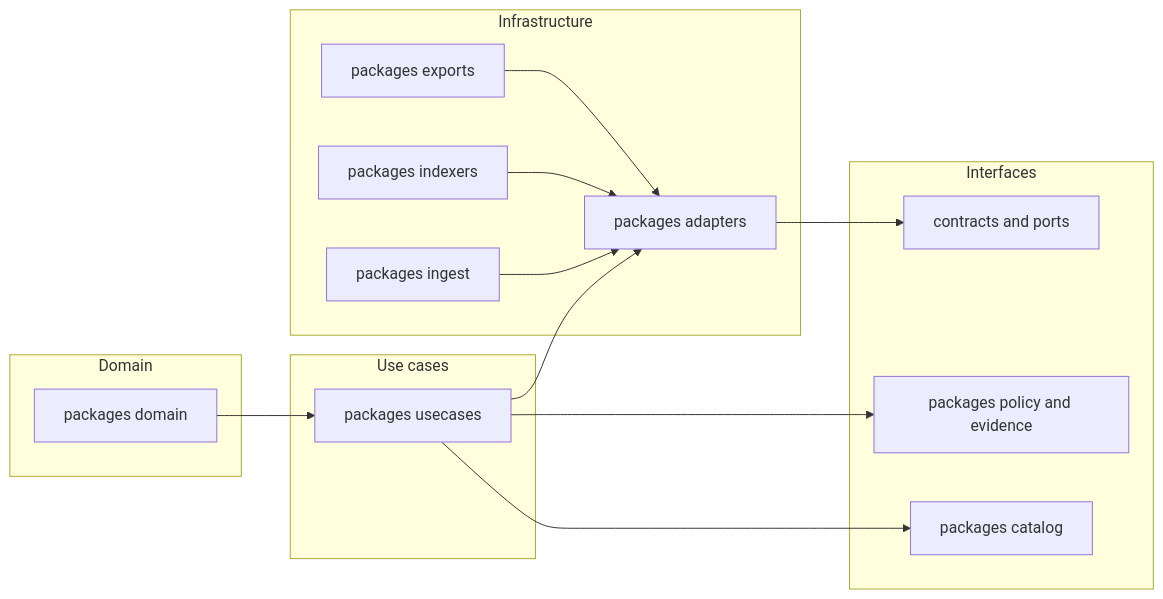
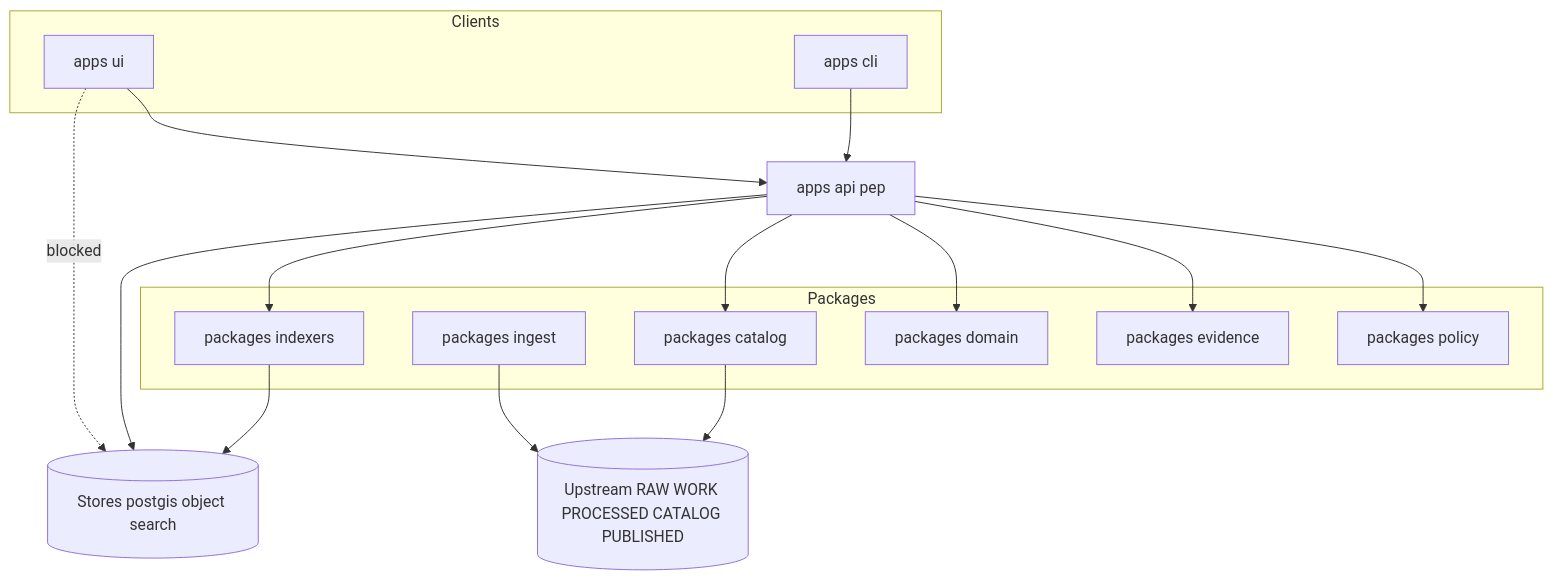
The diagram in packages/README.md (bartytime4life/Kansas-Frontier-Matrix), drawn with Mermaid before and after one commit. The commit also changed other lines of this file, not shown here.

First line of the commit message:
Revise README for packages with new metadata

````diff
--- a/packages/README.md
+++ b/packages/README.md
@@ -224,32 +108,37 @@
 ```mermaid
-flowchart LR
-  subgraph D[Domain]
-    D1[packages domain]
+flowchart TB
+  subgraph Clients
+    UI[apps ui]
+    CLI[apps cli]
   end
 
-  subgraph U[Use cases]
-    U1[packages usecases]
+  API[apps api pep]
+
+  subgraph Packages
+    Domain[packages domain]
+    Ingest[packages ingest]
+    Catalog[packages catalog]
+    Evidence[packages evidence]
+    Policy[packages policy]
+    Indexers[packages indexers]
   end
 
-  subgraph I[Interfaces]
-    I1[contracts and ports]
-    I2[packages policy and evidence]
-    I3[packages catalog]
-  end
+  Zones[(Upstream RAW WORK PROCESSED CATALOG PUBLISHED)]
+  Stores[(Stores postgis object search)]
 
-  subgraph X[Infrastructure]
-    X1[packages adapters]
-    X2[packages ingest]
-    X3[packages indexers]
-    X4[packages exports]
-  end
+  UI --> API
+  CLI --> API
 
-  D1 --> U1
-  U1 --> I2
-  U1 --> I3
-  U1 --> X1
-  X1 --> I1
-  X2 --> X1
-  X3 --> X1
-  X4 --> X1
+  API --> Policy
+  API --> Evidence
+  API --> Domain
+  API --> Catalog
+  API --> Indexers
+
+  Ingest --> Zones
+  Catalog --> Zones
+  Indexers --> Stores
+  API --> Stores
+
+  UI -. blocked .-> Stores
 ```
````
